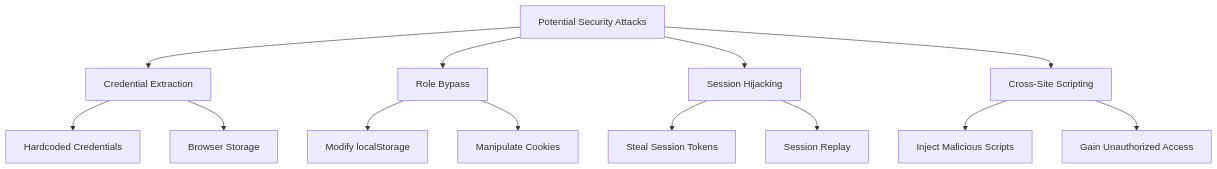
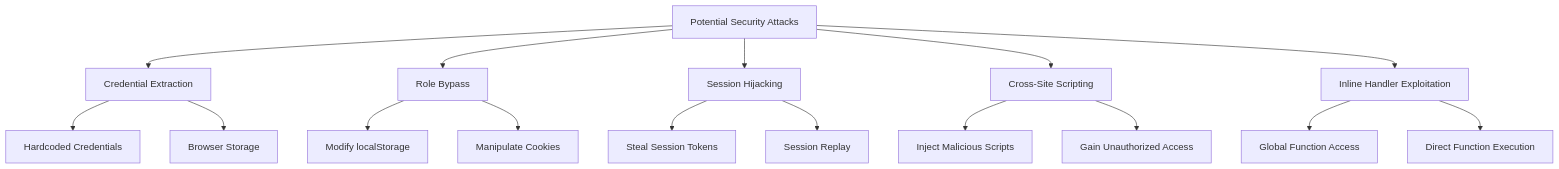
One commit to Rehanpatel3858/BusTrack-Pro changed diagram 11 of 11 in .qoder/repowiki/en/content/Authentication System.md. Above: the diagram before and after it, drawn with Mermaid. The commit also changed other lines of this file and 4 other files, not shown here.

````diff
--- a/.qoder/repowiki/en/content/Authentication System.md
+++ b/.qoder/repowiki/en/content/Authentication System.md
@@ -395,15 +464,18 @@
 ```mermaid
 flowchart TD
 Attack["Potential Security Attacks"] --> Extract["Credential Extraction"]
 Attack --> RoleBypass["Role Bypass"]
 Attack --> SessionTheft["Session Hijacking"]
 Attack --> XSS["Cross-Site Scripting"]
+Attack --> InlineHandler["Inline Handler Exploitation"]
 Extract --> Hardcoded["Hardcoded Credentials"]
 Extract --> Storage["Browser Storage"]
 RoleBypass --> Modify["Modify localStorage"]
 RoleBypass --> Cookie["Manipulate Cookies"]
 SessionTheft --> Steal["Steal Session Tokens"]
 SessionTheft --> Replay["Session Replay"]
 XSS --> Inject["Inject Malicious Scripts"]
 XSS --> Access["Gain Unauthorized Access"]
+InlineHandler --> GlobalAccess["Global Function Access"]
+InlineHandler --> DirectExecution["Direct Function Execution"]
 ```
````
